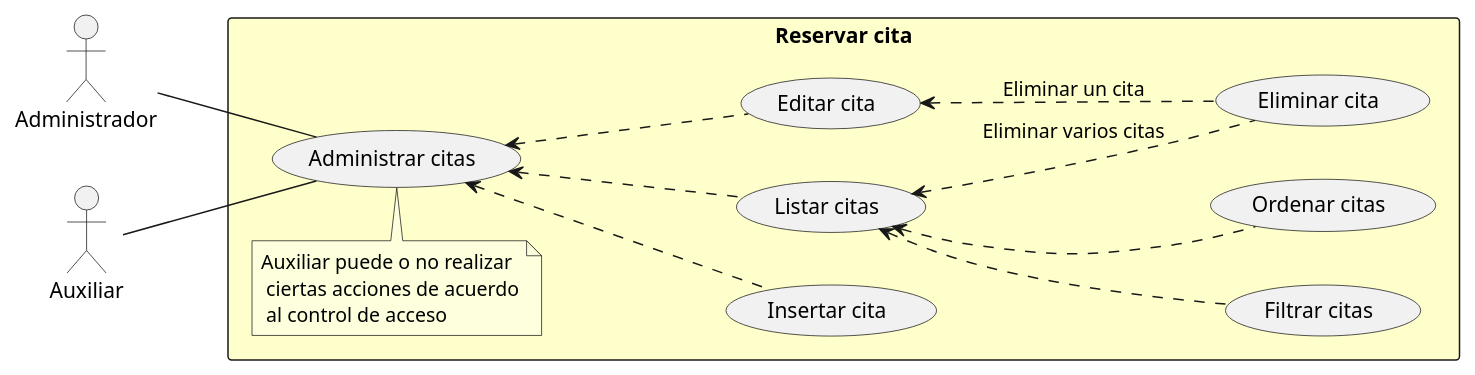
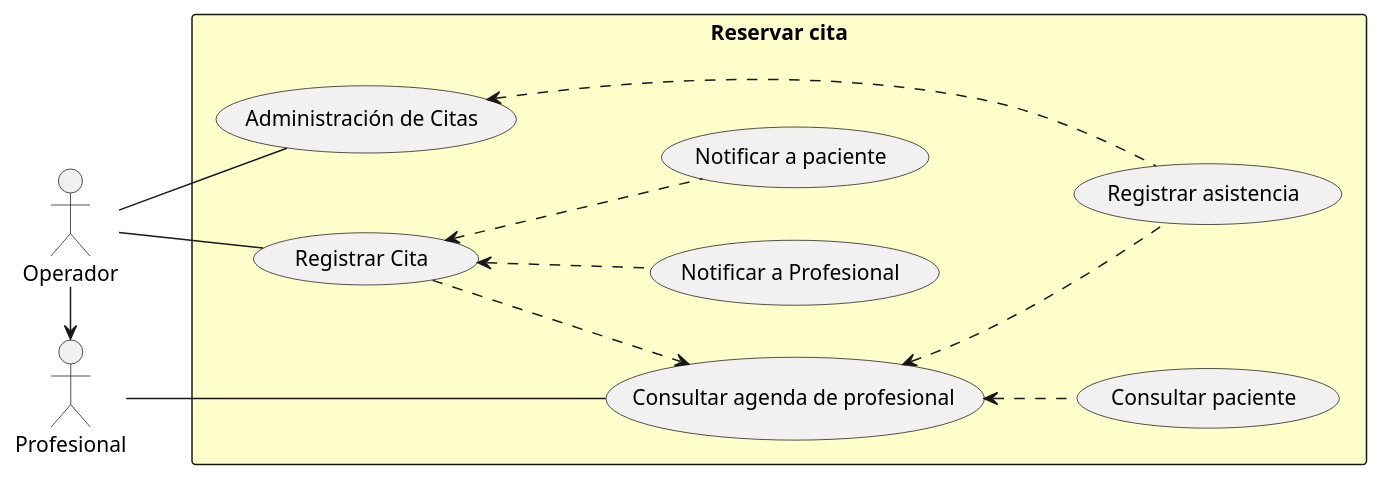
The diagram in ROOT/modules/proyecto/puml/citas-business-usecase.puml (capsi-ucp/capsi-ucp.github.io), drawn with PlantUML before and after one commit. The commit also changed 1 other file, not shown here.

Commit message:
Caso de uso de lógica de negocio para la reserva de citas

```diff
--- a/ROOT/modules/proyecto/puml/citas-business-usecase.puml
+++ b/ROOT/modules/proyecto/puml/citas-business-usecase.puml
@@ -1,29 +1,26 @@
 @startuml
 left to right direction
-actor Administrador
-actor Auxiliar
+actor Operador
+actor Profesional
 
 rectangle "Reservar cita" #BUSINESS {
-  usecase "Insertar cita" as C
-  usecase "Listar citas" as R
-  usecase "Editar cita" as U
-  usecase "Eliminar cita" as D
-  usecase "Filtrar citas" as Searchable
-  usecase "Ordenar citas" as Sortable
-  usecase "Administrar citas" as CRUD
-  note "Auxiliar puede o no realizar\r\n ciertas acciones de acuerdo\r\n al control de acceso" as Acl
+  usecase "Registrar Cita" as Citar
+  usecase "Consultar agenda de profesional" as Agenda
+  usecase "Administración de Citas" as AdminCitas
+  usecase "Consultar paciente" as ConsultarPaciente
+  usecase "Registrar asistencia" as Asistencia
+  usecase "Notificar a paciente" as NotificarPaciente
+  usecase "Notificar a Profesional" as NotificarProfesional
 }
 
-CRUD <--. C
-CRUD <--. R
-CRUD <--. U
-
-R <.. Searchable
-R <.. Sortable
-U <.. D: "Eliminar un cita"
-R <.. D: "Eliminar varios citas"
-
-Administrador -- CRUD
-Auxiliar -- CRUD
-Acl - CRUD
+Operador -- AdminCitas
+Operador -- Citar
+Profesional -- Agenda
+Operador -> Profesional
+Citar <-. NotificarPaciente
+Citar <-. NotificarProfesional
+Citar -.> Agenda
+Agenda <.- ConsultarPaciente
+Agenda <.- Asistencia
+AdminCitas <.-- Asistencia
 @enduml
```
